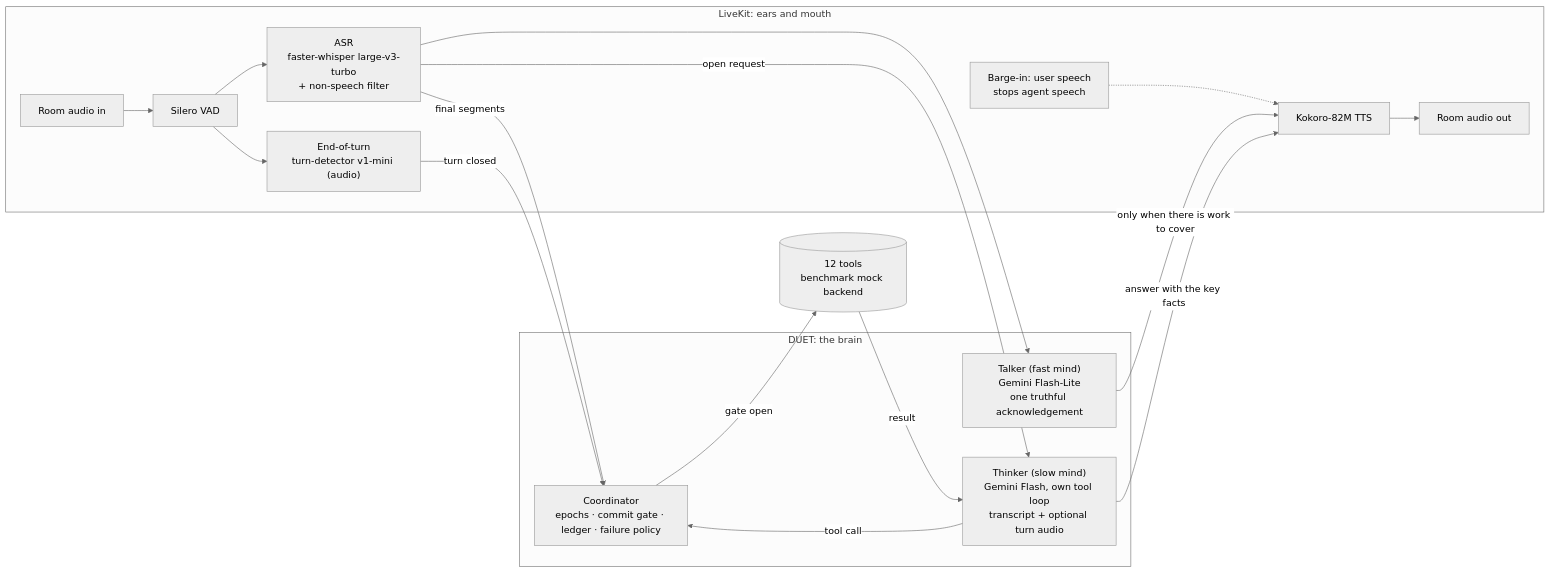
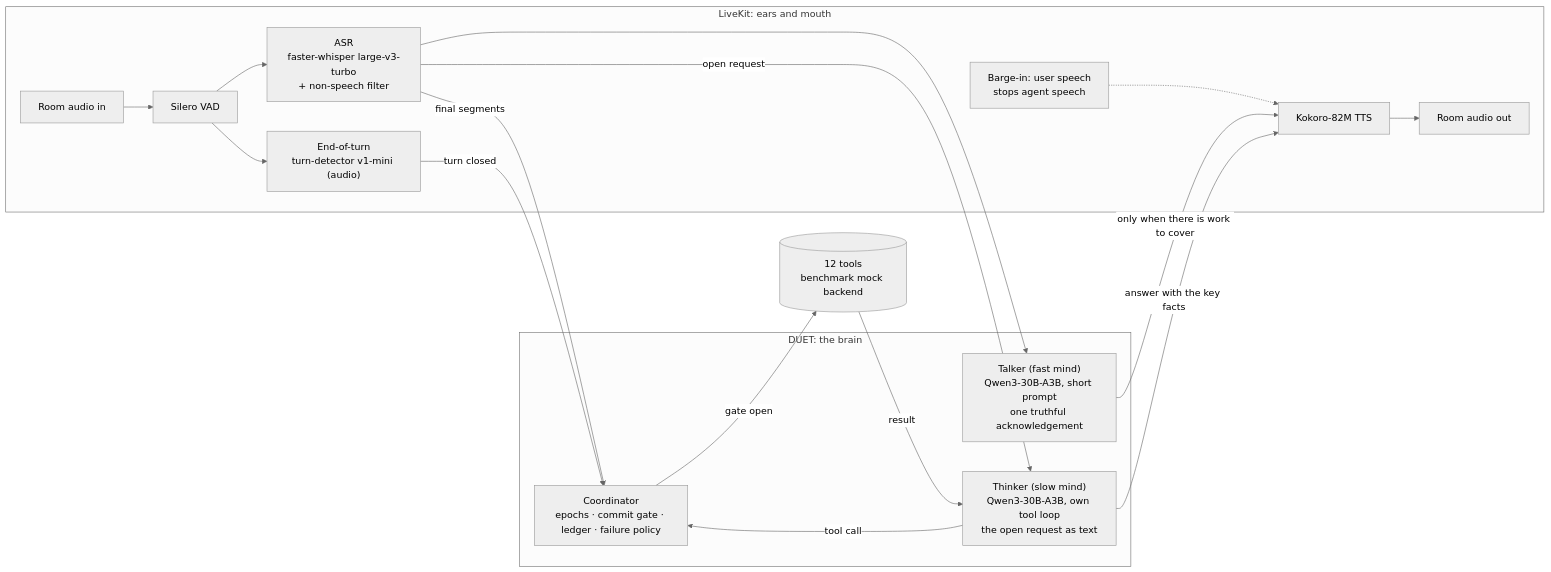
The diagram in docs/ARCHITECTURE.md (tannnmayy/DUET-SAMSUNGPRISM-HACKATHON-TEAM-SE7EN), drawn with Mermaid (neutral theme) before and after one commit. The commit also changed other lines of this file and 26 other files, not shown here.

````diff
--- a/docs/ARCHITECTURE.md
+++ b/docs/ARCHITECTURE.md
@@ -9,24 +9,24 @@
 ```mermaid
 flowchart LR
     subgraph LiveKit["LiveKit: ears and mouth"]
         A[Room audio in] --> V[Silero VAD]
         V --> S["ASR<br/>faster-whisper large-v3-turbo<br/>+ non-speech filter"]
         V --> E["End-of-turn<br/>turn-detector v1-mini (audio)"]
         TTS["Kokoro-82M TTS"] --> O[Room audio out]
         BI[Barge-in: user speech<br/>stops agent speech] -.-> TTS
     end
     subgraph DUET["DUET: the brain"]
         C["Coordinator<br/>epochs · commit gate · ledger · failure policy"]
-        T["Talker (fast mind)<br/>Gemini Flash-Lite<br/>one truthful acknowledgement"]
-        K["Thinker (slow mind)<br/>Gemini Flash, own tool loop<br/>transcript + optional turn audio"]
+        T["Talker (fast mind)<br/>Qwen3-30B-A3B, short prompt<br/>one truthful acknowledgement"]
+        K["Thinker (slow mind)<br/>Qwen3-30B-A3B, own tool loop<br/>the open request as text"]
     end
     S -->|final segments| C
     E -->|turn closed| C
     S -->|open request| K
     S --> T
     K -->|tool call| C
     C -->|gate open| B[(12 tools<br/>benchmark mock backend)]
     B -->|result| K
     T -->|"only when there is work to cover"| TTS
     K -->|answer with the key facts| TTS
 ```
````
